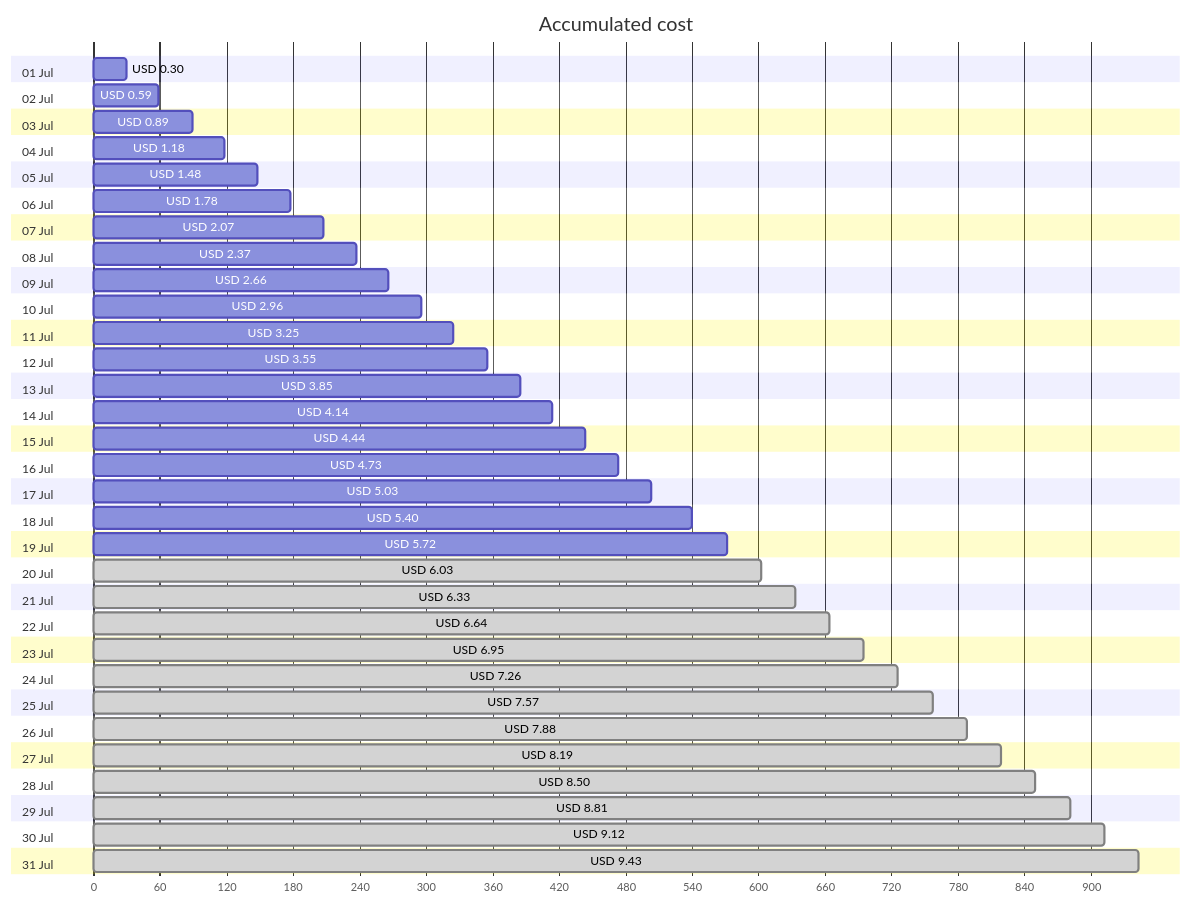
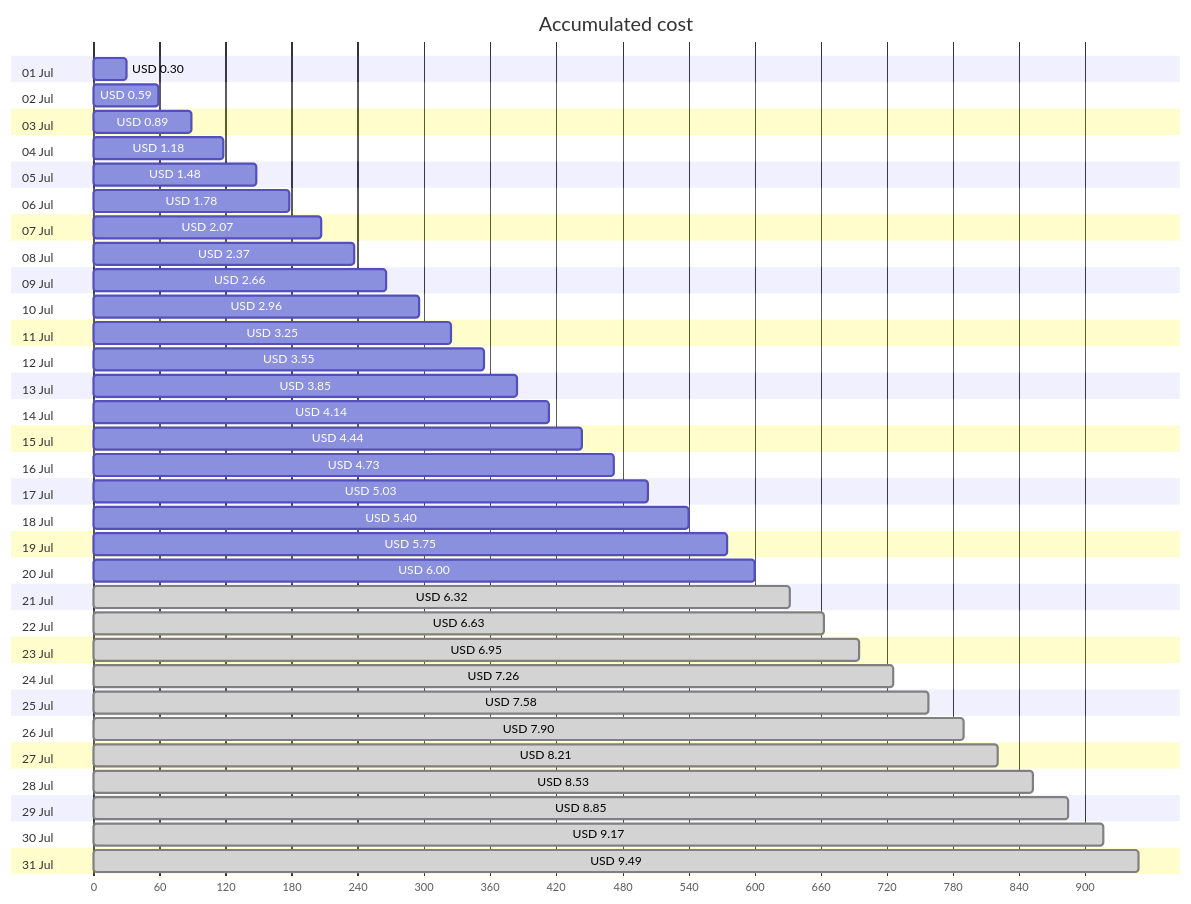
The first of 4 diagrams in cost-reports/personal-site/personal-site-preview.md (jpfulton/azure-personal-reports), drawn with Mermaid before and after one commit. The commit also changed other lines of this file and 6 other files, not shown here.

````diff
--- a/cost-reports/personal-site/personal-site-preview.md
+++ b/cost-reports/personal-site/personal-site-preview.md
@@ -20,68 +20,68 @@
 ```mermaid
 gantt
    title Accumulated cost
    dateFormat  X
    axisFormat %s
    section 01 Jul
    USD 0.30 :0, 30
    section 02 Jul
    USD 0.59 :0, 59
    section 03 Jul
    USD 0.89 :0, 89
    section 04 Jul
    USD 1.18 :0, 118
    section 05 Jul
    USD 1.48 :0, 148
    section 06 Jul
    USD 1.78 :0, 178
    section 07 Jul
    USD 2.07 :0, 207
    section 08 Jul
    USD 2.37 :0, 237
    section 09 Jul
    USD 2.66 :0, 266
    section 10 Jul
    USD 2.96 :0, 296
    section 11 Jul
    USD 3.25 :0, 325
    section 12 Jul
    USD 3.55 :0, 355
    section 13 Jul
    USD 3.85 :0, 385
    section 14 Jul
    USD 4.14 :0, 414
    section 15 Jul
    USD 4.44 :0, 444
    section 16 Jul
    USD 4.73 :0, 473
    section 17 Jul
    USD 5.03 :0, 503
    section 18 Jul
    USD 5.40 :0, 540
    section 19 Jul
-   USD 5.72 :0, 572
+   USD 5.75 :0, 575
    section 20 Jul
-   USD 6.03 : done, 0, 603
+   USD 6.00 :0, 600
    section 21 Jul
-   USD 6.33 : done, 0, 633
+   USD 6.32 : done, 0, 632
    section 22 Jul
-   USD 6.64 : done, 0, 664
+   USD 6.63 : done, 0, 663
    section 23 Jul
    USD 6.95 : done, 0, 695
    section 24 Jul
    USD 7.26 : done, 0, 726
    section 25 Jul
-   USD 7.57 : done, 0, 757
+   USD 7.58 : done, 0, 758
    section 26 Jul
-   USD 7.88 : done, 0, 788
+   USD 7.90 : done, 0, 790
    section 27 Jul
-   USD 8.19 : done, 0, 819
+   USD 8.21 : done, 0, 821
    section 28 Jul
-   USD 8.50 : done, 0, 850
+   USD 8.53 : done, 0, 853
    section 29 Jul
-   USD 8.81 : done, 0, 881
+   USD 8.85 : done, 0, 885
    section 30 Jul
-   USD 9.12 : done, 0, 912
+   USD 9.17 : done, 0, 917
    section 31 Jul
-   USD 9.43 : done, 0, 943
+   USD 9.49 : done, 0, 949
 ```
````
